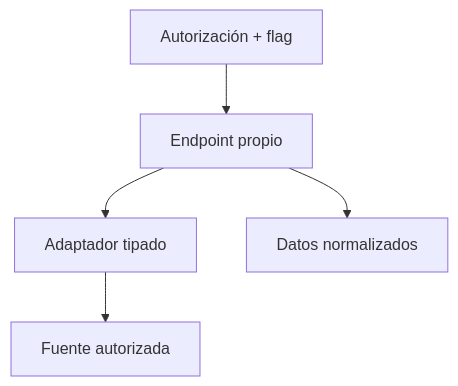
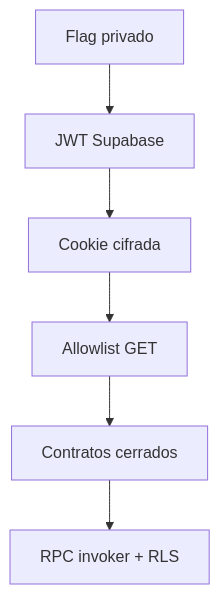
Before and after one commit to Icontre2/fantasy-copilot: the second of 2 diagrams in docs/architecture.md, drawn with Mermaid. The commit also changed other lines of this file, not shown here.

Commit message:
Update architecture for the private LALIGA pilot

````diff
--- a/docs/architecture.md
+++ b/docs/architecture.md
@@ -48,7 +65,8 @@
 ```mermaid
 flowchart TD
-  FLAG["Autorización + flag"] --> API["Endpoint propio"]
-  API --> ADAPTER["Adaptador tipado"]
-  ADAPTER --> SOURCE["Fuente autorizada"]
-  API --> SUPA["Datos normalizados"]
+  FLAG["Flag privado"] --> AUTH["JWT Supabase"]
+  AUTH --> SESSION["Cookie cifrada"]
+  SESSION --> GET["Allowlist GET"]
+  GET --> PARSE["Contratos cerrados"]
+  PARSE --> RLS["RPC invoker + RLS"]
 ```
````
